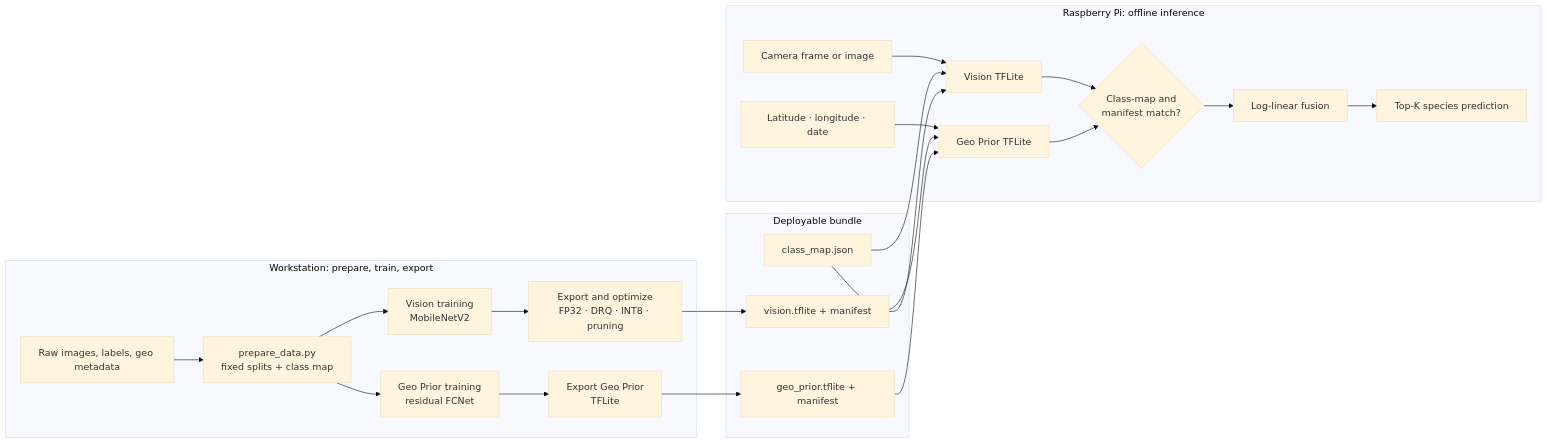
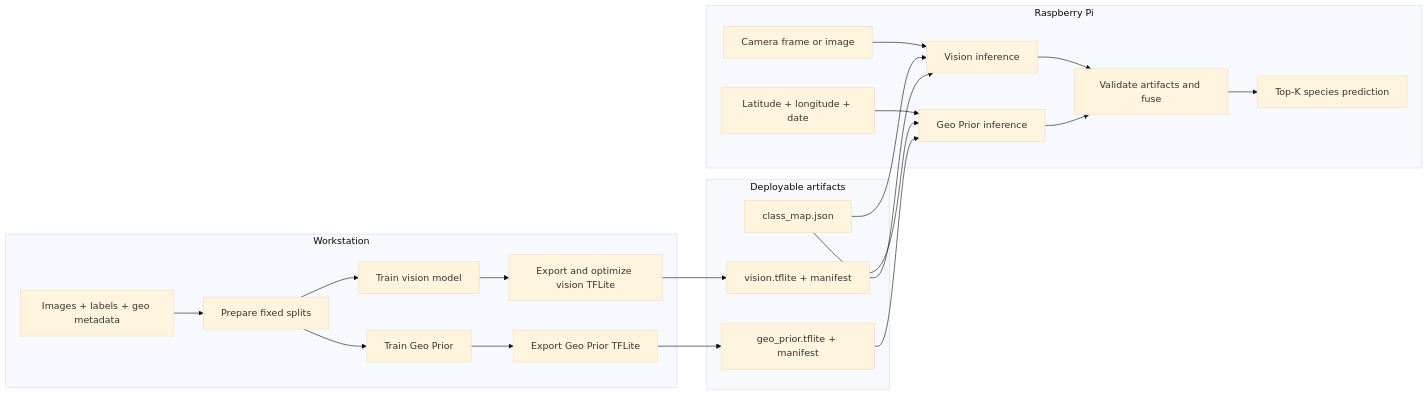
One commit to winson5566/biodiversity-edge-ai changed the diagram in README.md. Above: the diagram before and after it, drawn with Mermaid (base theme). The commit also changed other lines of this file and 1 other file, not shown here.

````diff
--- a/README.md
+++ b/README.md
@@ -288,32 +93,31 @@
 ```mermaid
 flowchart LR
-  subgraph WS[Workstation: prepare, train, export]
-    RAW[Raw images, labels, geo metadata] --> PREP[prepare_data.py<br/>fixed splits + class map]
-    PREP --> VTRAIN[Vision training<br/>MobileNetV2]
-    PREP --> GTRAIN[Geo Prior training<br/>residual FCNet]
-    VTRAIN --> OPT[Export and optimize<br/>FP32 · DRQ · INT8 · pruning]
-    GTRAIN --> GEXP[Export Geo Prior<br/>TFLite]
+  subgraph WS[Workstation]
+    RAW[Images + labels + geo metadata] --> PREP[Prepare fixed splits]
+    PREP --> VTRAIN[Train vision model]
+    PREP --> GTRAIN[Train Geo Prior]
+    VTRAIN --> VEXPORT[Export and optimize vision TFLite]
+    GTRAIN --> GEXPORT[Export Geo Prior TFLite]
   end
 
-  subgraph BUNDLE[Deployable bundle]
+  subgraph ART[Deployable artifacts]
     MAP[class_map.json]
-    VART[vision.tflite + manifest]
-    GART[geo_prior.tflite + manifest]
+    VM[vision.tflite + manifest]
+    GM[geo_prior.tflite + manifest]
   end
 
-  subgraph PI[Raspberry Pi: offline inference]
-    IMAGE[Camera frame or image] --> VRUN[Vision TFLite]
-    GEO[Latitude · longitude · date] --> GRUN[Geo Prior TFLite]
-    VRUN --> CHECK{Class-map and<br/>manifest match?}
-    GRUN --> CHECK
-    CHECK --> FUSE[Log-linear fusion]
-    FUSE --> RESULT[Top-K species prediction]
+  subgraph PI[Raspberry Pi]
+    IMAGE[Camera frame or image] --> VINF[Vision inference]
+    META[Latitude + longitude + date] --> GINF[Geo Prior inference]
+    VINF --> FUSE[Validate artifacts and fuse]
+    GINF --> FUSE
+    FUSE --> OUT[Top-K species prediction]
   end
 
-  OPT --> VART
-  GEXP --> GART
-  MAP --> VRUN
-  MAP --> GRUN
-  VART --> VRUN
-  GART --> GRUN
+  VEXPORT --> VM
+  GEXPORT --> GM
+  MAP --> VINF
+  MAP --> GINF
+  VM --> VINF
+  GM --> GINF
 ```
````
